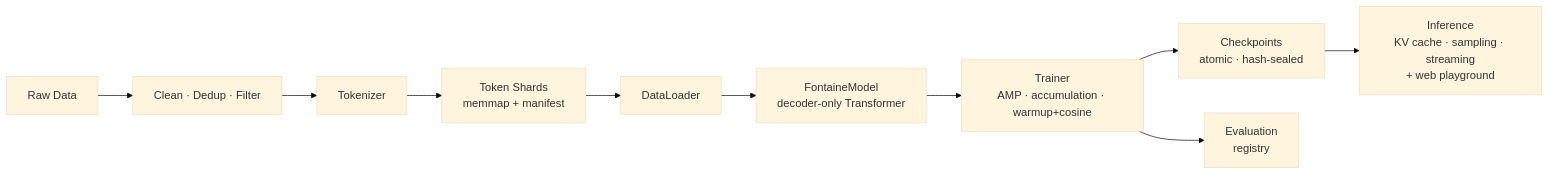
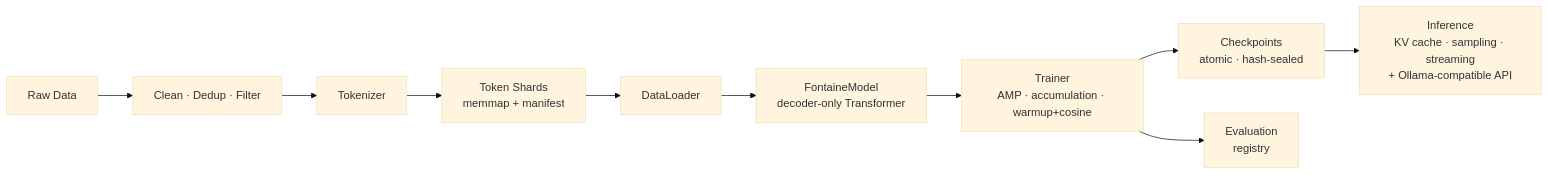
The diagram in README.md (needyamin/YaMi), drawn with Mermaid (base theme) before and after one commit. The commit also changed other lines of this file and 17 other files, not shown here.

````diff
--- a/README.md
+++ b/README.md
@@ -15,12 +15,12 @@
 ```mermaid
 flowchart LR
     A[Raw Data] --> B[Clean · Dedup · Filter]
     B --> C[Tokenizer]
     C --> D[Token Shards<br/>memmap + manifest]
     D --> E[DataLoader]
     E --> F[FontaineModel<br/>decoder-only Transformer]
     F --> G[Trainer<br/>AMP · accumulation · warmup+cosine]
     G --> H[Checkpoints<br/>atomic · hash-sealed]
     G --> I[Evaluation<br/>registry]
-    H --> J[Inference<br/>KV cache · sampling · streaming<br/>+ web playground]
+    H --> J[Inference<br/>KV cache · sampling · streaming<br/>+ Ollama-compatible API]
 ```
````
